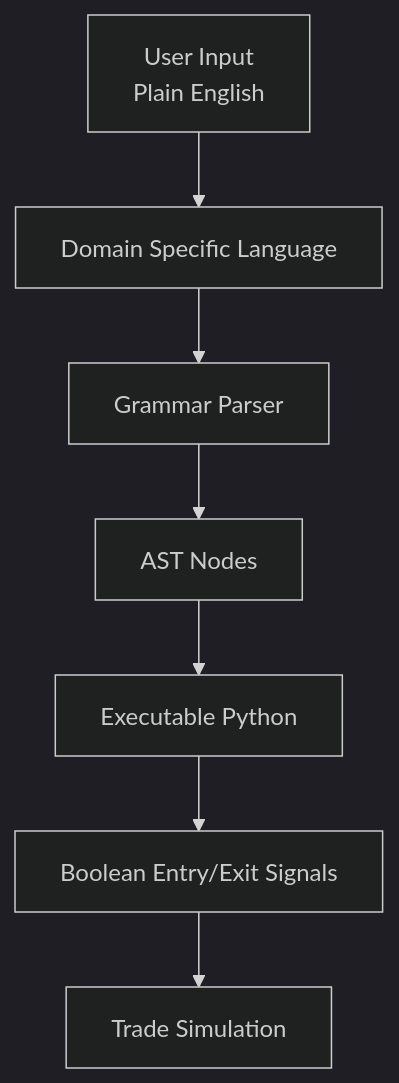
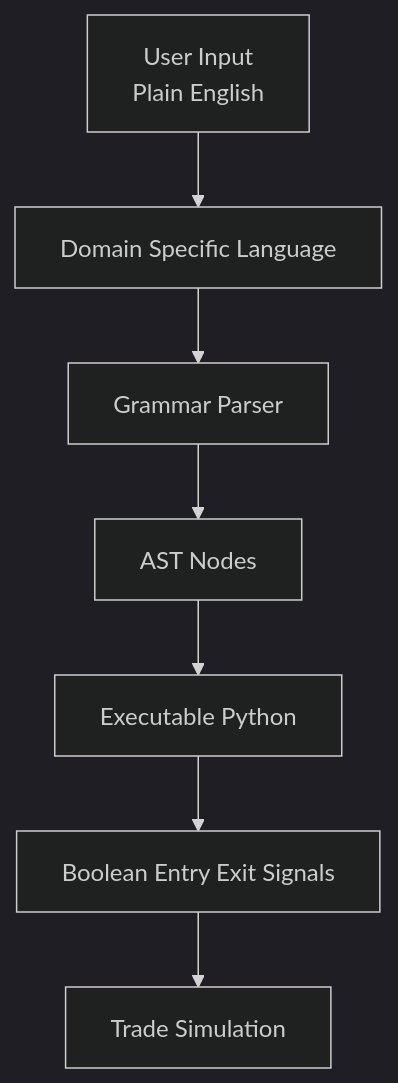
Before and after one commit to GeekyRiolu/TradeLang: the second of 4 diagrams in README.md, drawn with Mermaid (dark theme). The commit also changed other lines of this file, not shown here.

````diff
--- a/README.md
+++ b/README.md
@@ -47,9 +47,9 @@
 ```mermaid
 flowchart TD
     NL[User Input<br/>Plain English] --> DSL[Domain Specific Language]
     DSL --> Parser[Grammar Parser]
     Parser --> AST[AST Nodes]
     AST --> Code[Executable Python]
-    Code --> Signals[Boolean Entry/Exit Signals]
+    Code --> Signals[Boolean Entry Exit Signals]
     Signals --> Backtest[Trade Simulation]
 ```
````
